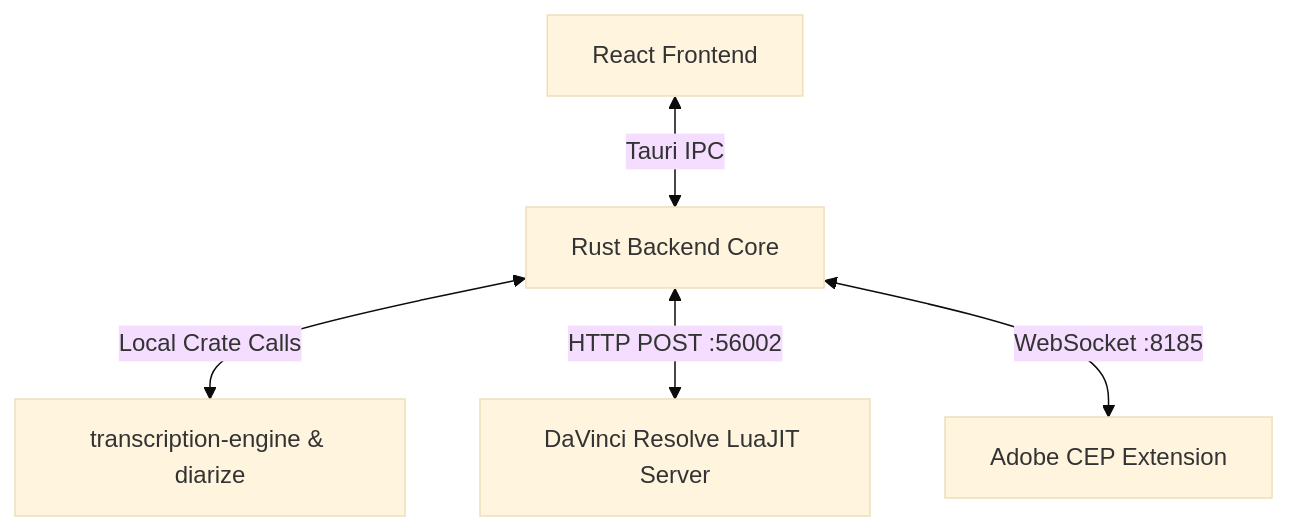
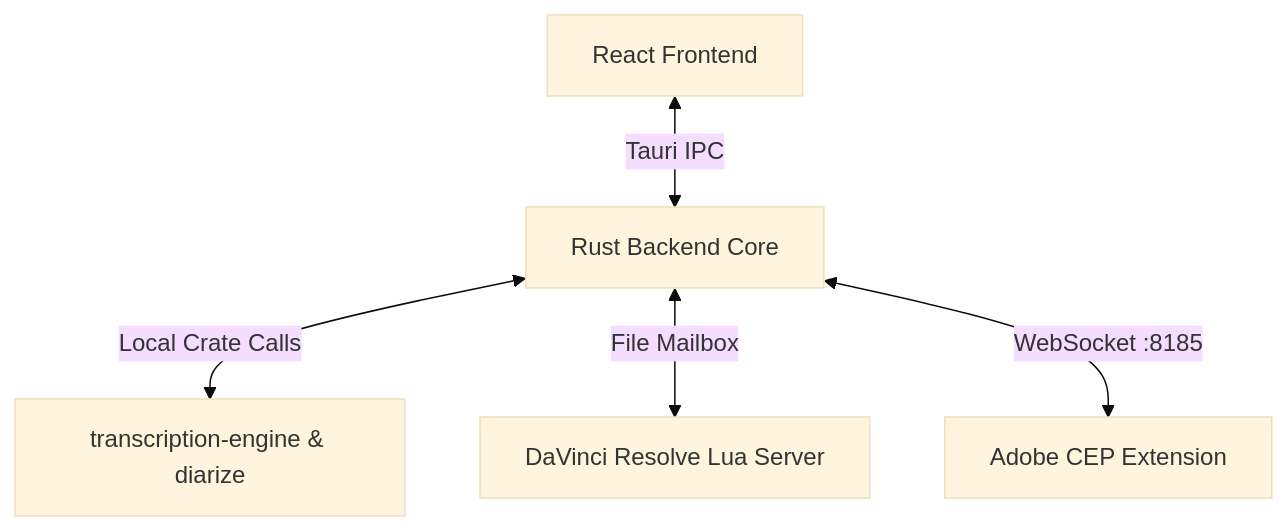
One commit to tmoroney/auto-subs changed the diagram in AGENTS.md. Above: the diagram before and after it, drawn with Mermaid (base theme). The commit also changed other lines of this file and 21 other files, not shown here.

First line of the commit message:
feat(resolve): replace socket bridge with file mailbox, auto-start from Resolve

````diff
--- a/AGENTS.md
+++ b/AGENTS.md
@@ -13,7 +13,7 @@
 ```mermaid
 flowchart TD
     ReactFE[React Frontend] <-->|Tauri IPC| RustBE[Rust Backend Core]
     RustBE <-->|Local Crate Calls| AICrates[transcription-engine & diarize]
-    RustBE <-->|HTTP POST :56002| Resolve[DaVinci Resolve LuaJIT Server]
+    RustBE <-->|File Mailbox| Resolve[DaVinci Resolve Lua Server]
     RustBE <-->|WebSocket :8185| Adobe[Adobe CEP Extension]
 ```
````
